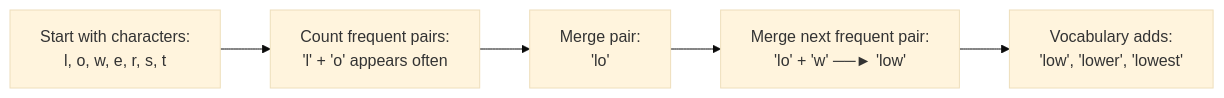
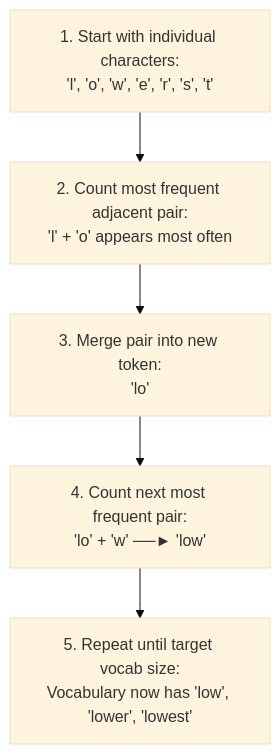
One commit to Nishant8826/theory-leaning changed the second of 2 diagrams in Nameste-AI/Season_01/03_The_Secret_Language_of_LLMs.md. Above: the diagram before and after it, drawn with Mermaid (base theme). The commit also changed other lines of this file and 8 other files, not shown here.

````diff
--- a/Nameste-AI/Season_01/03_The_Secret_Language_of_LLMs.md
+++ b/Nameste-AI/Season_01/03_The_Secret_Language_of_LLMs.md
@@ -147,7 +149,7 @@
 ```mermaid
-flowchart LR
-    A["Start with characters:\nl, o, w, e, r, s, t"] --> B["Count frequent pairs:\n'l' + 'o' appears often"]
-    B --> C["Merge pair:\n'lo'"]
-    C --> D["Merge next frequent pair:\n'lo' + 'w' ──► 'low'"]
-    D --> E["Vocabulary adds:\n'low', 'lower', 'lowest'"]
+flowchart TD
+    A["1. Start with individual characters:\n'l', 'o', 'w', 'e', 'r', 's', 't'"] --> B["2. Count most frequent adjacent pair:\n'l' + 'o' appears most often"]
+    B --> C["3. Merge pair into new token:\n'lo'"]
+    C --> D["4. Count next most frequent pair:\n'lo' + 'w' ──► 'low'"]
+    D --> E["5. Repeat until target vocab size:\nVocabulary now has 'low', 'lower', 'lowest'"]
 ```
````
